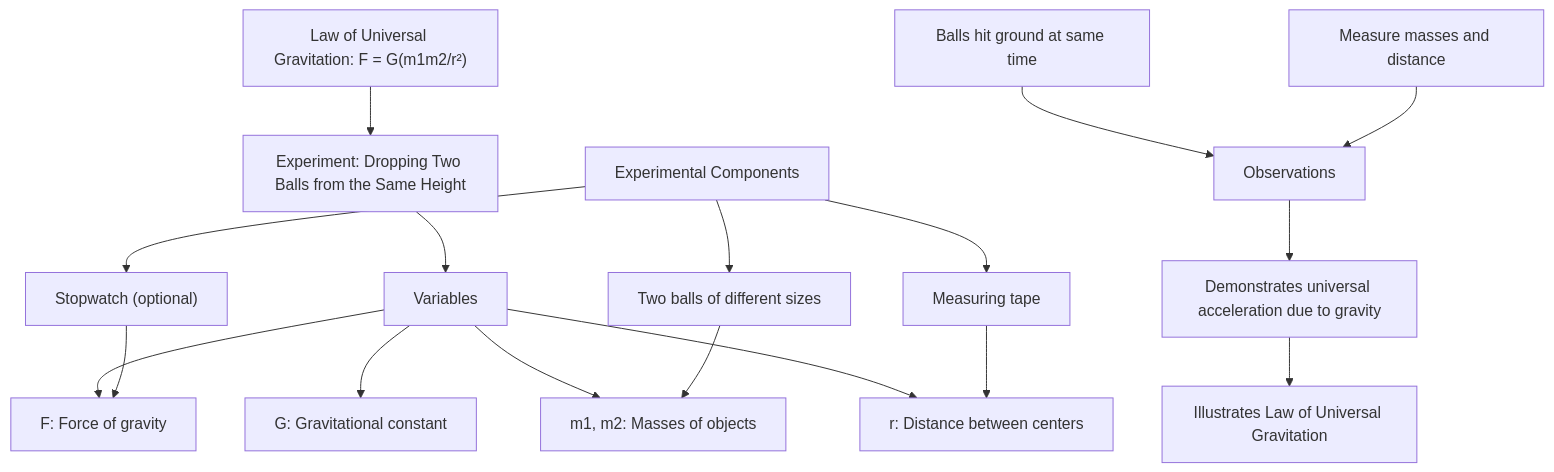
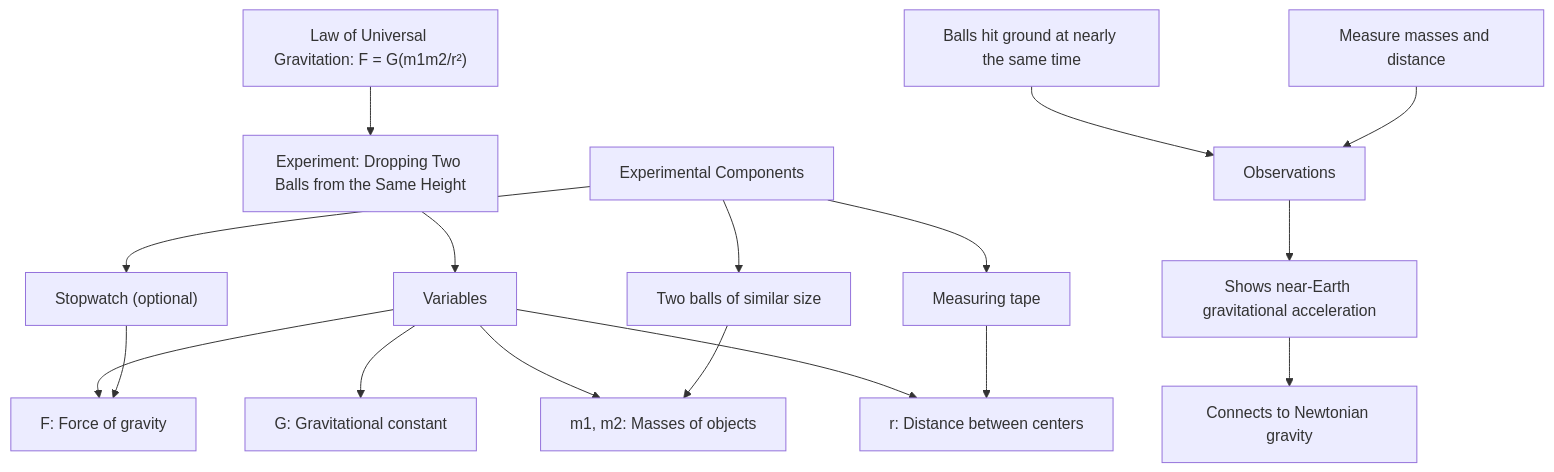
Before and after one commit to Josh-XT/math: the seventh of 35 diagrams in README.md, drawn with Mermaid. The commit also changed other lines of this file, not shown here.

````diff
--- a/README.md
+++ b/README.md
@@ -797,24 +800,24 @@
 ```mermaid
 graph TD
     A["Law of Universal Gravitation: F = G(m1m2/r²)"] --> B["Experiment: Dropping Two Balls from the Same Height"]
     B --> C["Variables"]
     C --> D["F: Force of gravity"]
     C --> E["G: Gravitational constant"]
     C --> F["m1, m2: Masses of objects"]
     C --> G["r: Distance between centers"]
     
-    H["Experimental Components"] --> I["Two balls of different sizes"]
+    H["Experimental Components"] --> I["Two balls of similar size"]
     H --> J["Measuring tape"]
     H --> K["Stopwatch (optional)"]
     
     I --> F
     J --> G
     K --> D
     
     L["Observations"]
-    M["Balls hit ground at same time"] --> L
+    M["Balls hit ground at nearly the same time"] --> L
     N["Measure masses and distance"] --> L
     
-    L --> O["Demonstrates universal acceleration due to gravity"]
-    O --> P["Illustrates Law of Universal Gravitation"]
+    L --> O["Shows near-Earth gravitational acceleration"]
+    O --> P["Connects to Newtonian gravity"]
 ```
````
